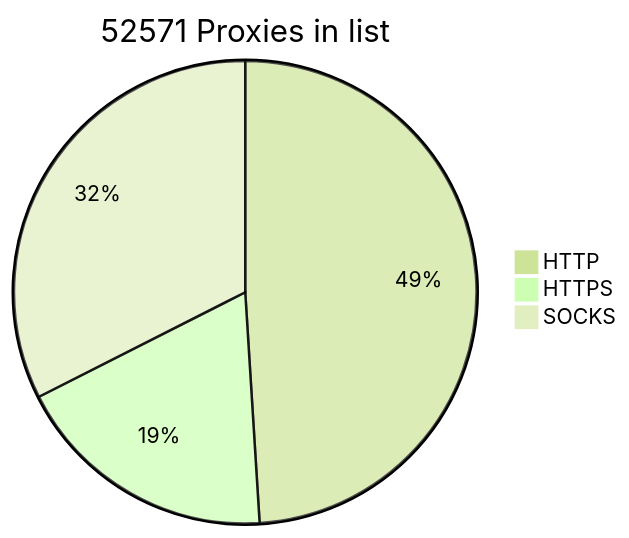
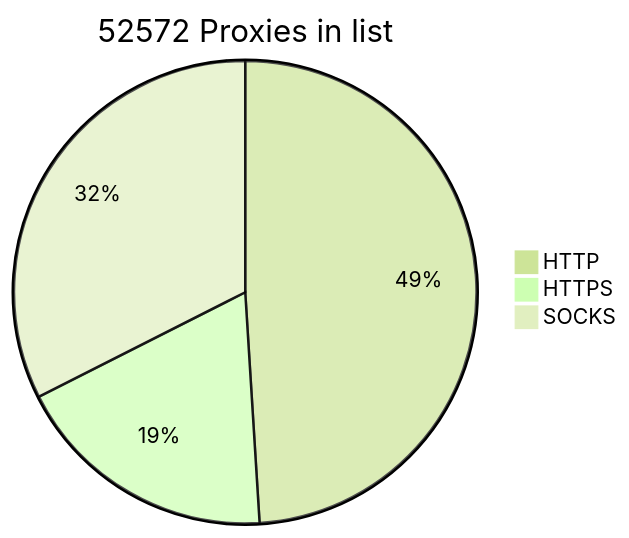
The diagram in README.md (BlackSnowDot/proxylist-update-every-minute), drawn with Mermaid (forest theme) before and after one commit.

````diff
--- a/README.md
+++ b/README.md
@@ -2,6 +2,6 @@
 ```mermaid
-pie title 52571 Proxies in list
-    "HTTP" : 29006
+pie title 52572 Proxies in list
+    "HTTP" : 29009
     "HTTPS": 10967
     "SOCKS" : 19214
 ```
````
